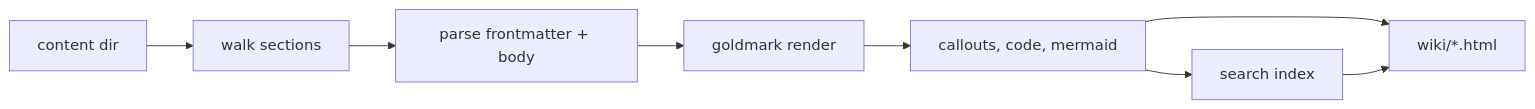
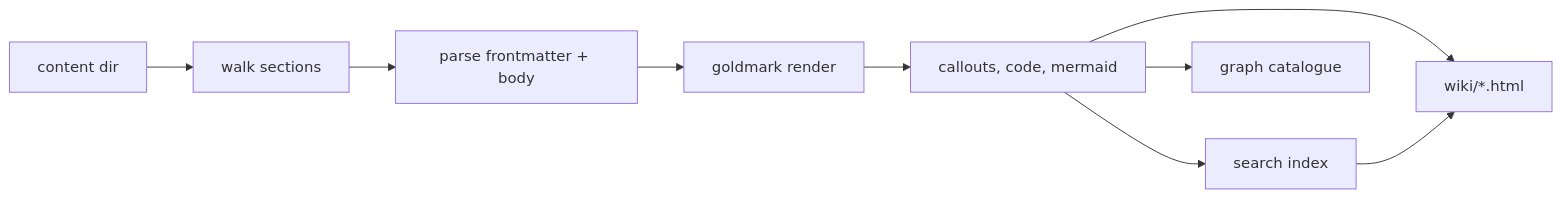
One commit to abn/okf-wiki changed the diagram in docs/design/rendering.md. Above: the diagram before and after it, drawn with Mermaid. The commit also changed other lines of this file and 5 other files, not shown here.

First line of the commit message:
docs(reference): document the graph catalogue

````diff
--- a/docs/design/rendering.md
+++ b/docs/design/rendering.md
@@ -12,10 +12,11 @@
 ```mermaid
 flowchart LR
     A["content dir"] --> B["walk sections"]
     B --> C["parse frontmatter + body"]
     C --> D["goldmark render"]
     D --> E["callouts, code, mermaid"]
     E --> F["search index"]
+    E --> H["graph catalogue"]
     E --> G["wiki/*.html"]
     F --> G
 ```
````
